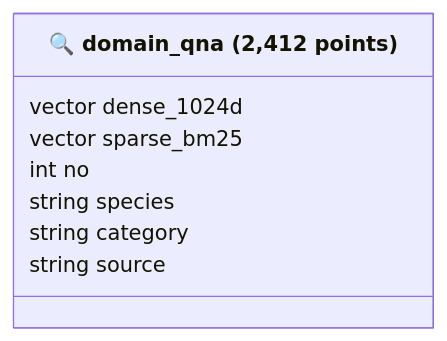
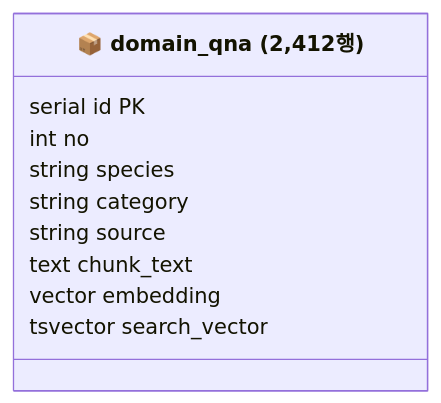
One commit to skn-ai22-251029/SKN22-Final-2Team-WEB changed the second of 3 diagrams in docs/domain/02_domain_rag_pipeline.md. Above: the diagram before and after it, drawn with Mermaid. The commit also changed other lines of this file and 13 other files, not shown here.

First line of the commit message:
feat(products): Qdrant → pgvector 마이그레이션 — Dense + Kiwi tsvector Hybrid Search

````diff
--- a/docs/domain/02_domain_rag_pipeline.md
+++ b/docs/domain/02_domain_rag_pipeline.md
@@ -102,11 +102,13 @@
 ```mermaid
 classDiagram
-    class DomainQna["🔍 domain_qna (2,412 points)"] {
-        vector  dense_1024d
-        vector  sparse_bm25
+    class DomainQna["📦 domain_qna (2,412행)"] {
+        serial  id  PK
         int     no
         string  species
         string  category
         string  source
+        text    chunk_text
+        vector  embedding
+        tsvector search_vector
     }
 ```
````
